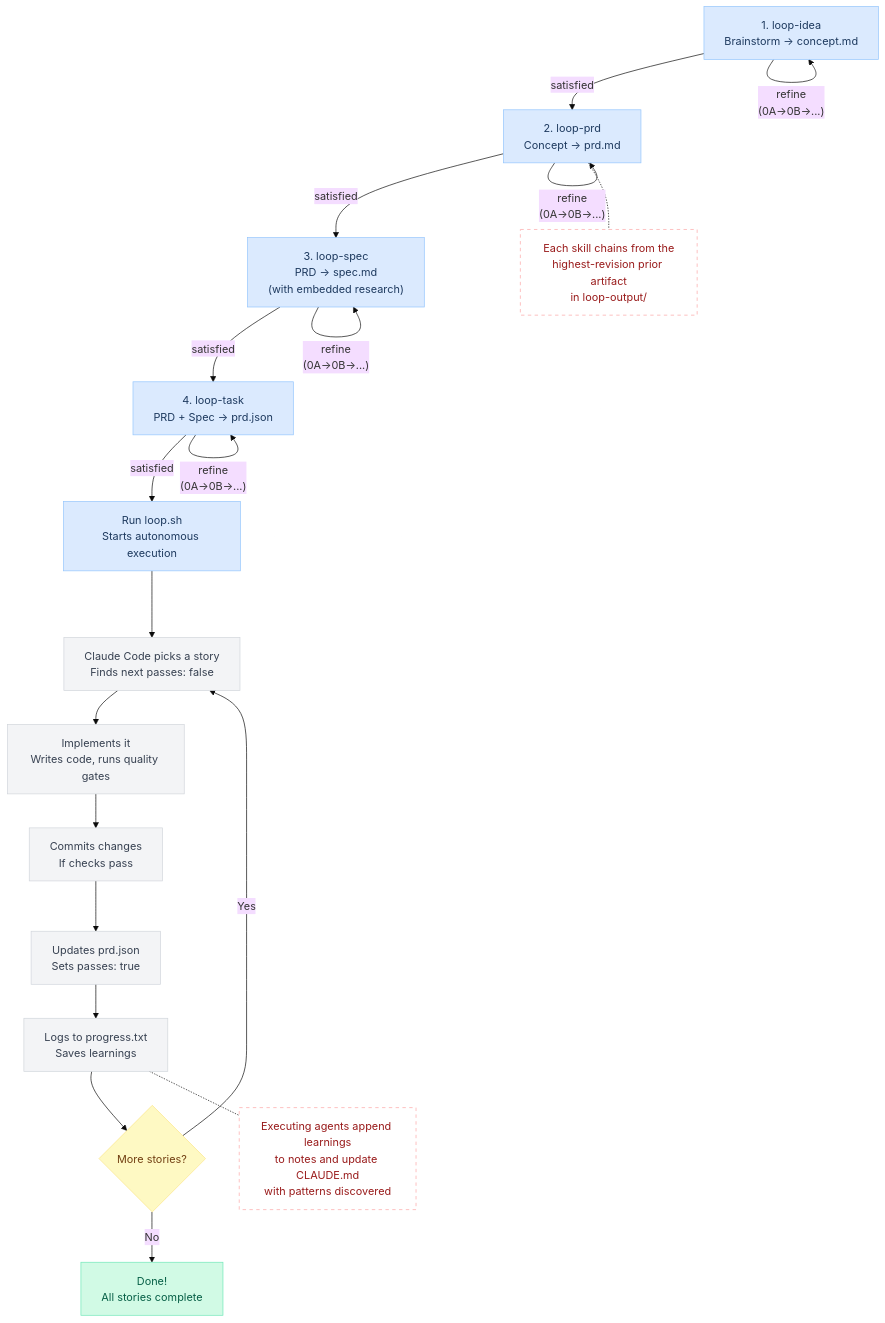
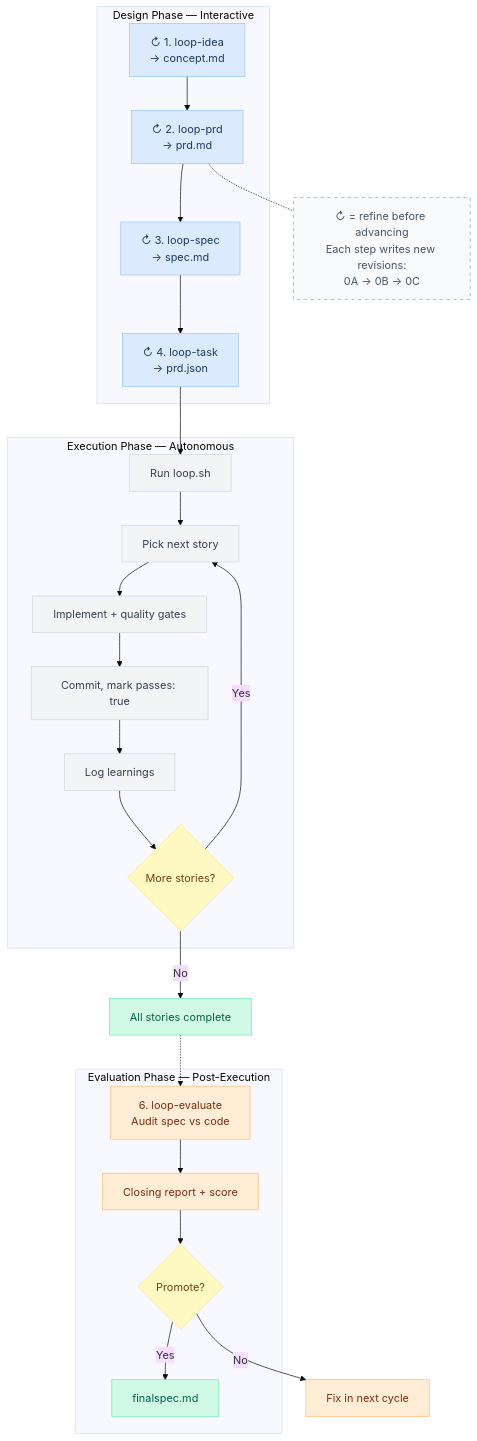
Before and after one commit to MattH-ca/loop: the diagram in README.md, drawn with Mermaid (base theme).

Commit message:
docs: restructure README workflow diagram into distinct phases
Refactor the Mermaid flowchart to clearly separate the loop process into Design (Interactive), Execution (Autonomous), and Evaluation (Post-Execution) phases. This improves readability and better reflects the iterative nature of the autonomous coding workflow, including the new evaluation step for auditing implementations. Updated node labels, connections, and styling classes accordingly.

````diff
--- a/README.md
+++ b/README.md
@@ -15,45 +15,52 @@
 ```mermaid
 flowchart TD
-    A["1. loop-idea<br/>Brainstorm → concept.md"]
-    B["2. loop-prd<br/>Concept → prd.md"]
-    C["3. loop-spec<br/>PRD → spec.md<br/>(with embedded research)"]
-    D["4. loop-task<br/>PRD + Spec → prd.json"]
-    E["Run loop.sh<br/>Starts autonomous execution"]
-    F["Claude Code picks a story<br/>Finds next passes: false"]
-    G["Implements it<br/>Writes code, runs quality gates"]
-    H["Commits changes<br/>If checks pass"]
-    I["Updates prd.json<br/>Sets passes: true"]
-    J["Logs to progress.txt<br/>Saves learnings"]
-    K{"More stories?"}
-    L["Done!<br/>All stories complete"]
+    subgraph design["Design Phase — Interactive"]
+        A["↻ 1. loop-idea<br/>→ concept.md"]
+        B["↻ 2. loop-prd<br/>→ prd.md"]
+        C["↻ 3. loop-spec<br/>→ spec.md"]
+        D["↻ 4. loop-task<br/>→ prd.json"]
+        A --> B --> C --> D
+    end
 
-    A -- "satisfied" --> B
-    A -- "refine<br/>(0A→0B→...)" --> A
-    B -- "satisfied" --> C
-    B -- "refine<br/>(0A→0B→...)" --> B
-    C -- "satisfied" --> D
-    C -- "refine<br/>(0A→0B→...)" --> C
-    D -- "satisfied" --> E
-    D -- "refine<br/>(0A→0B→...)" --> D
-    E --> F --> G --> H --> I --> J --> K
+    NOTE["↻ = refine before advancing<br/>Each step writes new revisions:<br/>0A → 0B → 0C"]
+    B -.- NOTE
+
+    subgraph exec["Execution Phase — Autonomous"]
+        E["Run loop.sh"]
+        F["Pick next story"]
+        G["Implement + quality gates"]
+        H["Commit, mark passes: true"]
+        I["Log learnings"]
+        K{"More stories?"}
+    end
+
+    subgraph eval["Evaluation Phase — Post-Execution"]
+        M["6. loop-evaluate<br/>Audit spec vs code"]
+        N["Closing report + score"]
+        O{"Promote?"}
+        P["finalspec.md"]
+    end
+
+    D --> E
+    E --> F --> G --> H --> I --> K
     K -- "Yes" --> F
-    K -- "No" --> L
-
-    CHAIN["Each skill chains from the<br/>highest-revision prior artifact<br/>in loop-output/"]
-    LEARN["Executing agents append learnings<br/>to notes and update CLAUDE.md<br/>with patterns discovered"]
-
-    B -.- CHAIN
-    J -.- LEARN
+    K -- "No" --> L["All stories complete"]
+    L -.-> M
+    M --> N --> O
+    O -- "Yes" --> P
+    O -- "No" --> Q["Fix in next cycle"]
 
     classDef blue fill:#dbeafe,stroke:#93c5fd,color:#1e3a5f
     classDef gray fill:#f3f4f6,stroke:#d1d5db,color:#374151
     classDef yellow fill:#fef9c3,stroke:#fde68a,color:#713f12
     classDef green fill:#d1fae5,stroke:#6ee7b7,color:#065f46
-    classDef note fill:#fff,stroke:#fca5a5,stroke-dasharray:5 5,color:#991b1b
+    classDef orange fill:#ffedd5,stroke:#fdba74,color:#7c2d12
+    classDef note fill:#f8fafc,stroke:#94a3b8,stroke-dasharray:5 5,color:#475569
 
-    class A,B,C,D,E blue
-    class F,G,H,I,J gray
-    class K yellow
-    class L green
-    class CHAIN,LEARN note
+    class A,B,C,D blue
+    class E,F,G,H,I gray
+    class K,O yellow
+    class L,P green
+    class M,N,Q orange
+    class NOTE note
 ```
````
